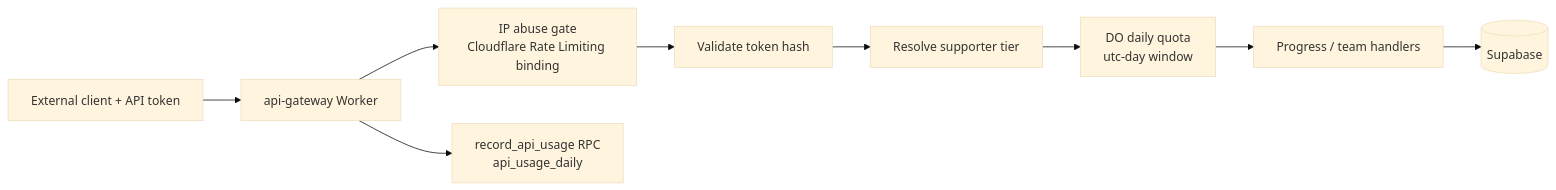
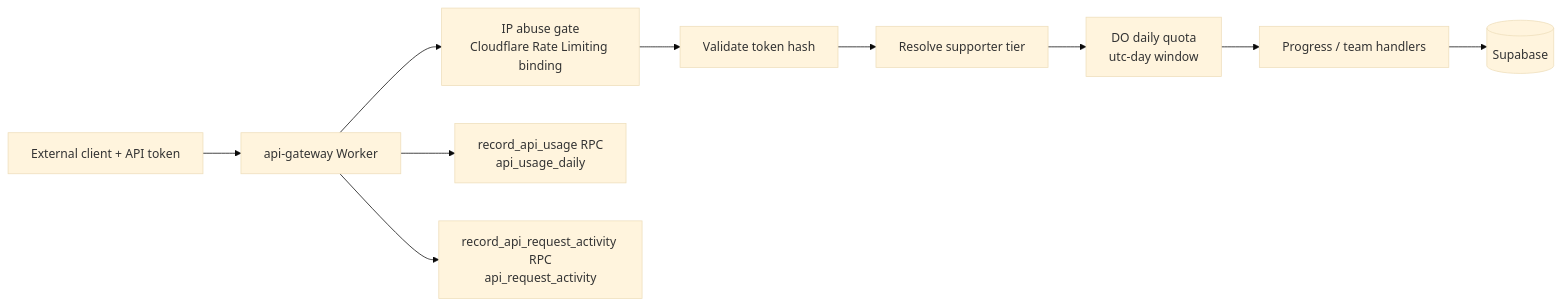
The diagram in docs/rate-limiting.md (tarkovtracker-org/TarkovTracker-API), drawn with Mermaid (base theme) before and after one commit. The commit also changed other lines of this file and 7 other files, not shown here.

First line of the commit message:
feat(api): record request activity and quota outcomes (#42)

````diff
--- a/docs/rate-limiting.md
+++ b/docs/rate-limiting.md
@@ -8,11 +8,12 @@
 ```mermaid
 flowchart LR
   C[External client + API token] --> W[api-gateway Worker]
   W --> ABUSE[IP abuse gate<br/>Cloudflare Rate Limiting binding]
   ABUSE --> AUTH[Validate token hash]
   AUTH --> TIER[Resolve supporter tier]
   TIER --> DAILY[DO daily quota<br/>utc-day window]
   DAILY --> HANDLER[Progress / team handlers]
   HANDLER --> DB[(Supabase)]
   W --> USAGE[record_api_usage RPC<br/>api_usage_daily]
+  W --> ACTIVITY[record_api_request_activity RPC<br/>api_request_activity]
 ```
````
